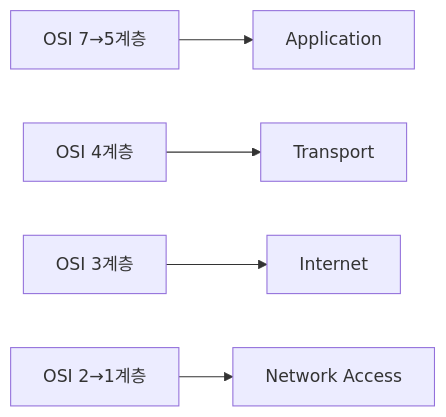
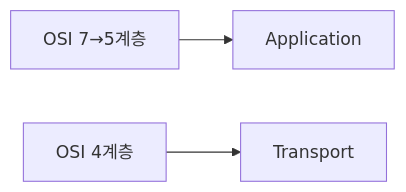
Before and after one commit to yjkim2015/yjkim2015.github.io: the third of 3 diagrams in _posts/network/2026-05-01-osi-7-layer.md, drawn with Mermaid. The commit also changed other lines of this file and 132 other files, not shown here.

First line of the commit message:
Mermaid 다이어그램 가독성 정리: 단순 제거, 노드 축소, TD→LR 변환

````diff
--- a/_posts/network/2026-05-01-osi-7-layer.md
+++ b/_posts/network/2026-05-01-osi-7-layer.md
@@ -243,7 +226,5 @@
 ```mermaid
 graph LR
     OSI["OSI 7→5계층"] --> T4["Application"]
     O4["OSI 4계층"] --> T3["Transport"]
-    O3["OSI 3계층"] --> T2["Internet"]
-    O21["OSI 2→1계층"] --> T1["Network Access"]
 ```
````
